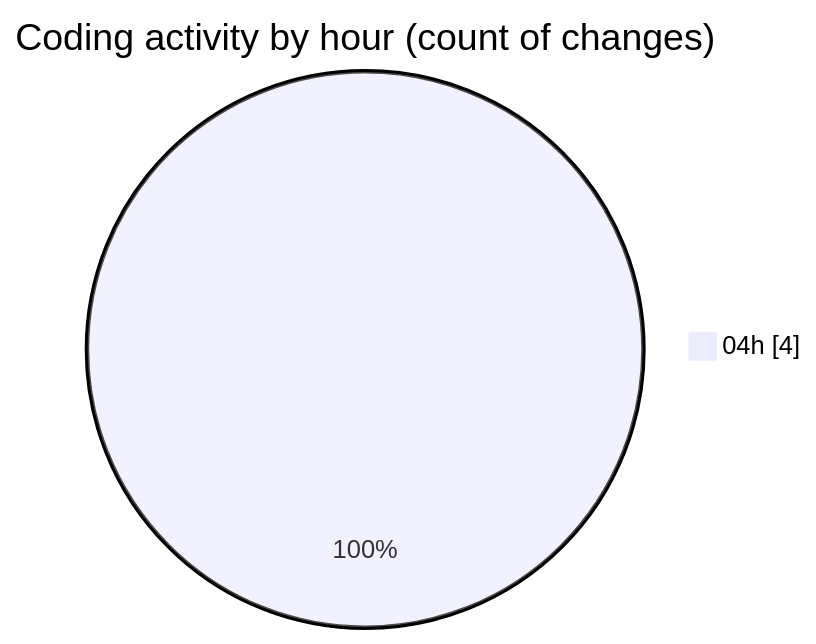
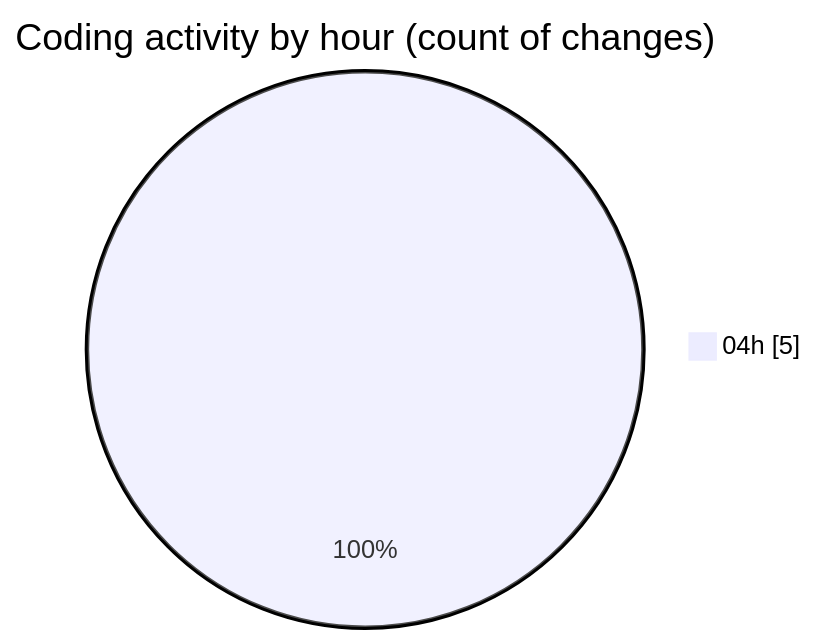
Before and after one commit to idhammustaqopulfikri/code-tracking: the second of 2 diagrams in 2025-03-27/autodidak/README.md, drawn with Mermaid. The commit also changed other lines of this file and 1 other file, not shown here.

````diff
--- a/2025-03-27/autodidak/README.md
+++ b/2025-03-27/autodidak/README.md
@@ -29,5 +30,5 @@
 ```mermaid
 pie showData
 title Coding activity by hour (count of changes)
-"04h" : 4
+"04h" : 5
 ```
````
